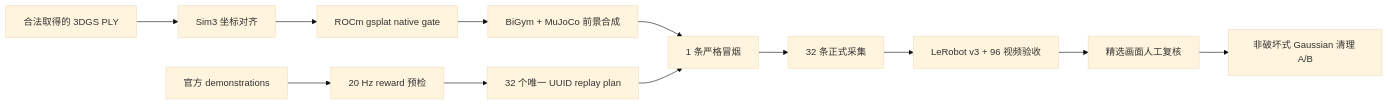
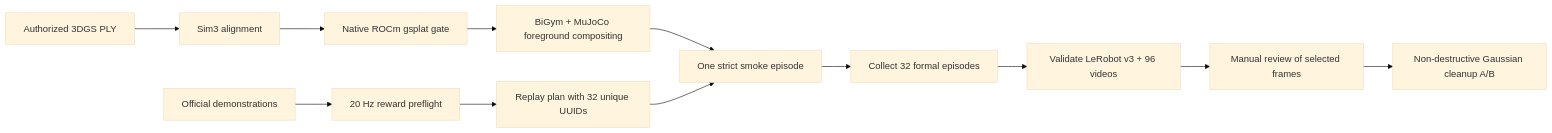
The diagram in README.md (eust-w/amd-bigym-3dgs-rocm), drawn with Mermaid (base theme) before and after one commit. The commit also changed other lines of this file and 1 other file, not shown here.

````diff
--- a/README.md
+++ b/README.md
@@ -31,14 +33,14 @@
 ```mermaid
 flowchart LR
-  A[合法取得的 3DGS PLY] --> B[Sim3 坐标对齐]
-  B --> C[ROCm gsplat native gate]
-  C --> D[BiGym + MuJoCo 前景合成]
-  E[官方 demonstrations] --> F[20 Hz reward 预检]
-  F --> G[32 个唯一 UUID replay plan]
-  D --> H[1 条严格冒烟]
+  A[Authorized 3DGS PLY] --> B[Sim3 alignment]
+  B --> C[Native ROCm gsplat gate]
+  C --> D[BiGym + MuJoCo foreground compositing]
+  E[Official demonstrations] --> F[20 Hz reward preflight]
+  F --> G[Replay plan with 32 unique UUIDs]
+  D --> H[One strict smoke episode]
   G --> H
-  H --> I[32 条正式采集]
-  I --> J[LeRobot v3 + 96 视频验收]
-  J --> K[精选画面人工复核]
-  K --> L[非破坏式 Gaussian 清理 A/B]
+  H --> I[Collect 32 formal episodes]
+  I --> J[Validate LeRobot v3 + 96 videos]
+  J --> K[Manual review of selected frames]
+  K --> L[Non-destructive Gaussian cleanup A/B]
 ```
````
